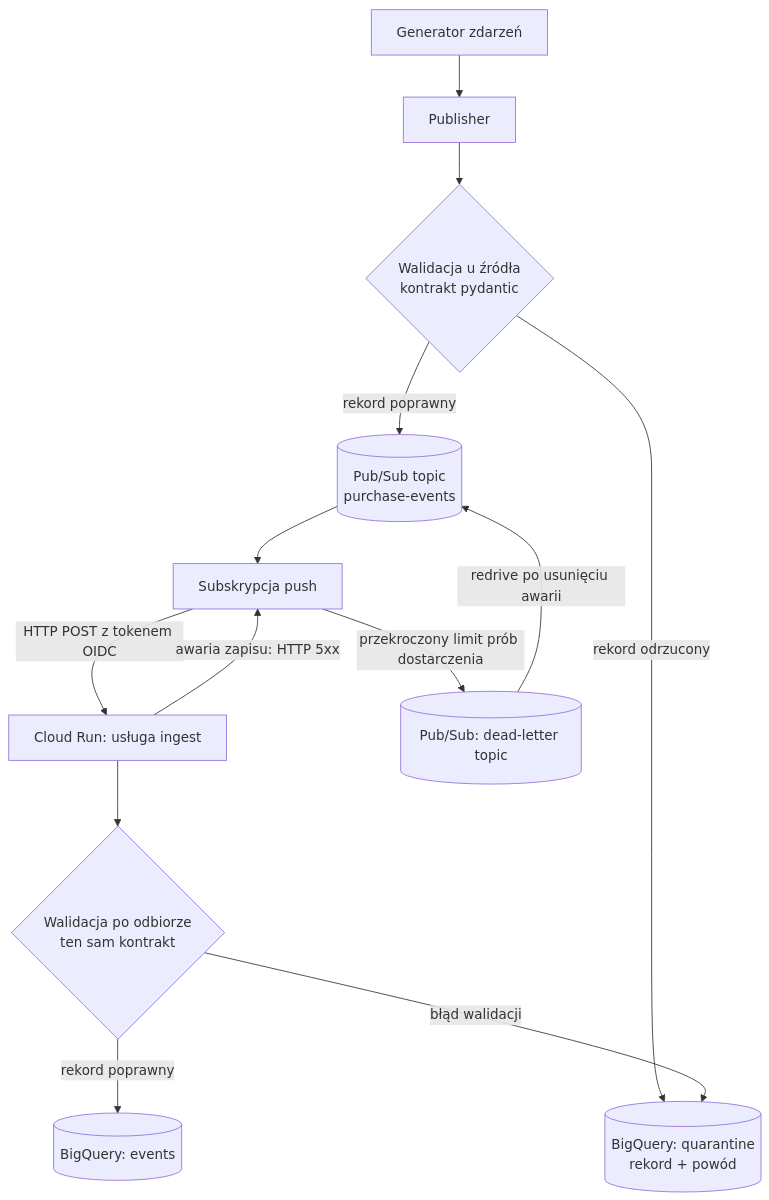
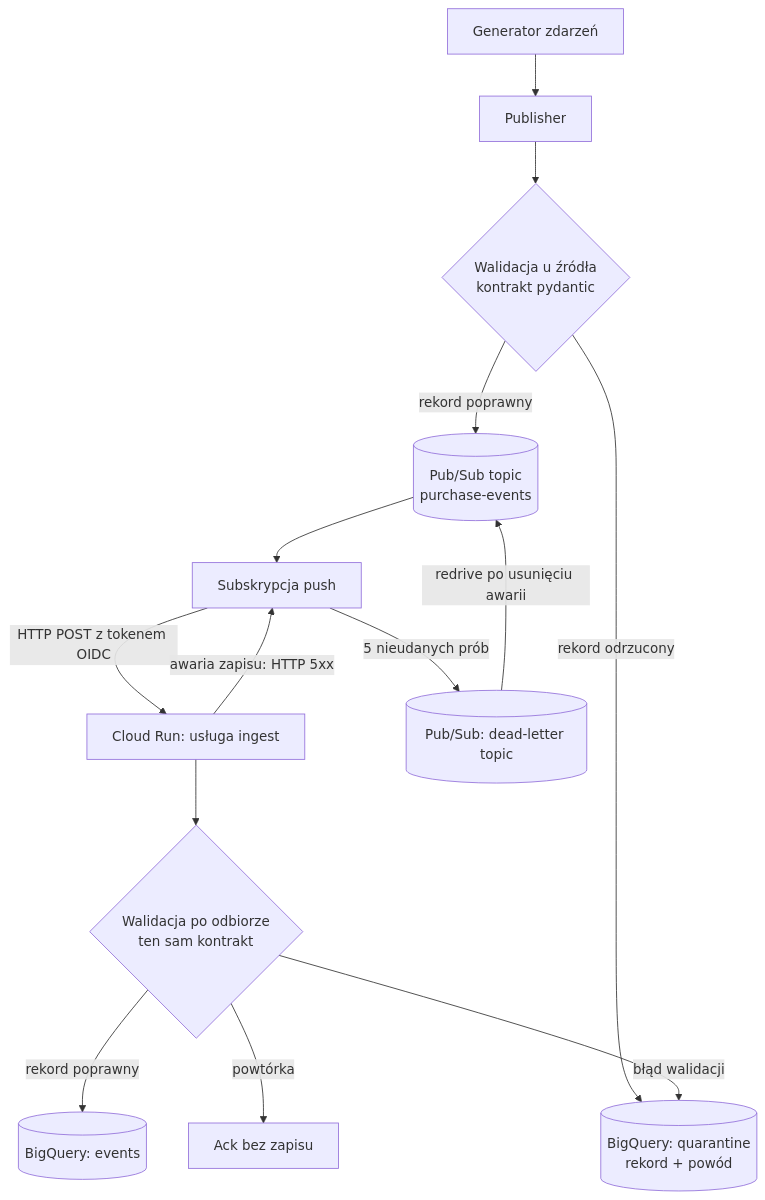
Before and after one commit to pmackowka/shift-left-data-quality-pydantic: the first of 3 diagrams in README.md, drawn with Mermaid. The commit also changed other lines of this file and 1 other file, not shown here.

````diff
--- a/README.md
+++ b/README.md
@@ -287,15 +65,16 @@
 ```mermaid
 flowchart TD
     GEN[Generator zdarzeń] --> PUB[Publisher]
     PUB --> V1{Walidacja u źródła<br/>kontrakt pydantic}
     V1 -->|rekord poprawny| TOPIC[(Pub/Sub topic<br/>purchase-events)]
     V1 -->|rekord odrzucony| QUAR[(BigQuery: quarantine<br/>rekord + powód)]
     TOPIC --> SUB[Subskrypcja push]
     SUB -->|HTTP POST z tokenem OIDC| RUN[Cloud Run: usługa ingest]
     RUN --> V2{Walidacja po odbiorze<br/>ten sam kontrakt}
     V2 -->|rekord poprawny| EV[(BigQuery: events)]
+    V2 -->|powtórka| ACK[Ack bez zapisu]
     V2 -->|błąd walidacji| QUAR
     RUN -->|awaria zapisu: HTTP 5xx| SUB
-    SUB -->|przekroczony limit prób dostarczenia| DLQ[(Pub/Sub: dead-letter topic)]
+    SUB -->|5 nieudanych prób| DLQ[(Pub/Sub: dead-letter topic)]
     DLQ -->|redrive po usunięciu awarii| TOPIC
 ```
````
